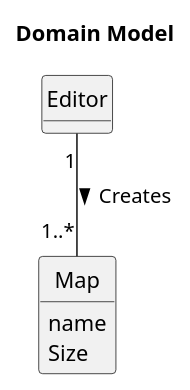
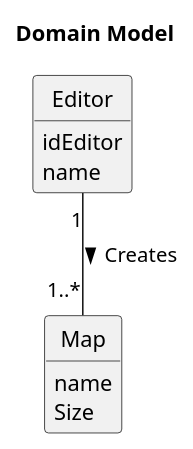
The diagram in docs/US01/US.analysis/puml/US01-DM.puml (Cardoso1230475/sem2-pi-24.25-g065-repo), drawn with PlantUML before and after one commit. The commit also changed 2 other files, not shown here.

```diff
--- a/docs/US01/US.analysis/puml/US01-DM.puml
+++ b/docs/US01/US.analysis/puml/US01-DM.puml
@@ -1,24 +1,26 @@
 @startuml
 skinparam monochrome true
 skinparam packageStyle rectangle
 skinparam shadowing false
 skinparam classAttributeIconSize 0
 hide circle
 hide methods
 
 title Domain Model
 
 class Editor {
+idEditor
+name
 }
 
 class Map{
     name
     Size
 }
 
 
 
 Editor "1" -- "1..*" Map  : Creates >
 
 
 @enduml
```
